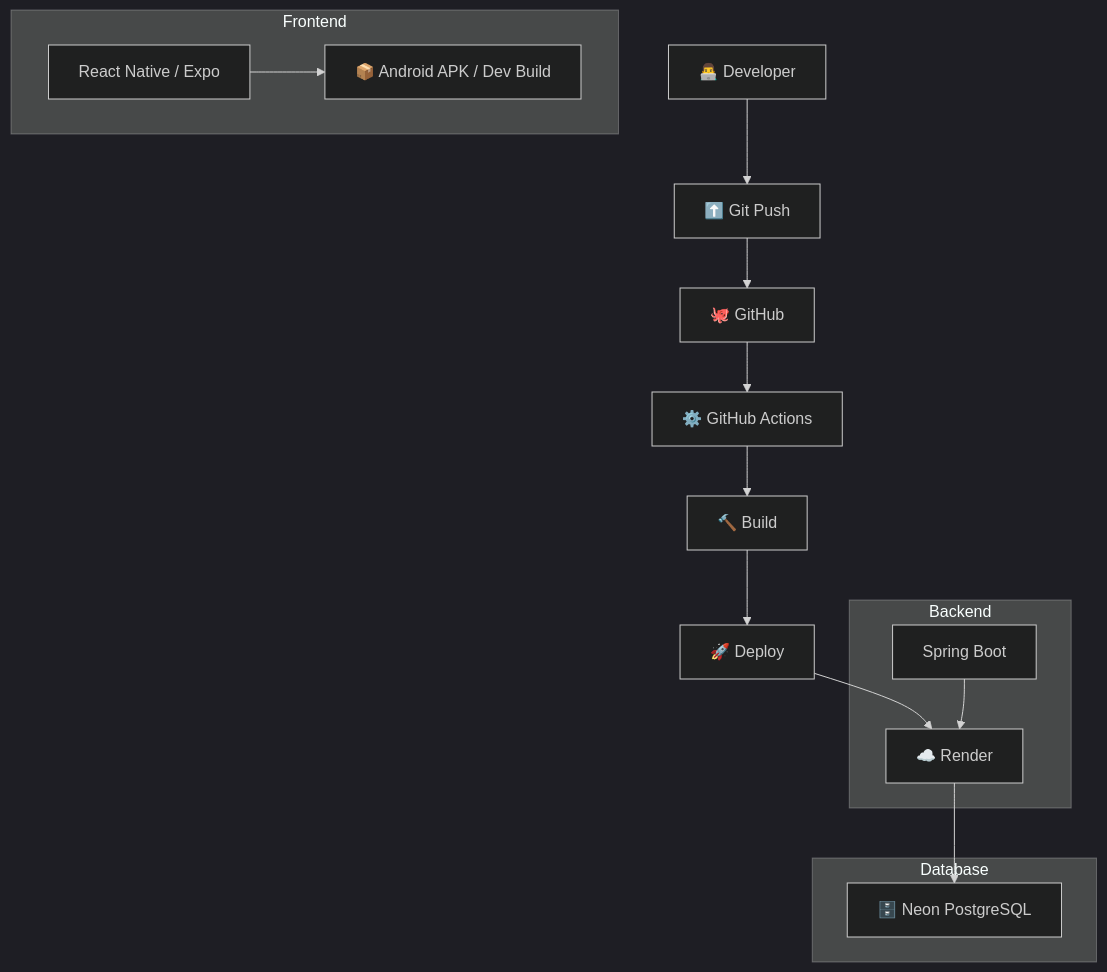
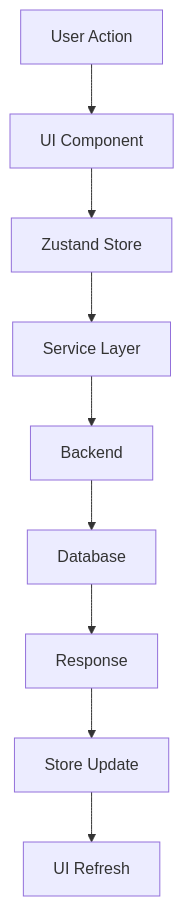
One commit to Pragatees/life-os-refined changed diagram 13 of 14 in README.md. Above: the diagram before and after it, drawn with Mermaid. The commit also changed other lines of this file, not shown here.

````diff
--- a/README.md
+++ b/README.md
@@ -342,24 +474,11 @@
 ```mermaid
-%%{init: {'theme':'dark'}}%%
-flowchart TB
-    DEV[👨‍💻 Developer] --> PUSH[⬆️ Git Push]
-    PUSH --> GH[🐙 GitHub]
-    GH --> GA[⚙️ GitHub Actions]
-    GA --> BUILD[🔨 Build]
-    BUILD --> DEPLOY[🚀 Deploy]
-    DEPLOY --> RENDER[☁️ Render]
-
-    subgraph FE[Frontend]
-        RN[React Native / Expo] --> APK[📦 Android APK / Dev Build]
-    end
-
-    subgraph BE[Backend]
-        SB[Spring Boot] --> RENDER
-    end
-
-    subgraph DBFLOW[Database]
-        NEON[🗄️ Neon PostgreSQL]
-    end
-
-    RENDER --> NEON
+flowchart TD
+    A[User Action] --> B[UI Component]
+    B --> C[Zustand Store]
+    C --> D[Service Layer]
+    D --> E[Backend]
+    E --> F[Database]
+    F --> G[Response]
+    G --> H[Store Update]
+    H --> I[UI Refresh]
 ```
````
